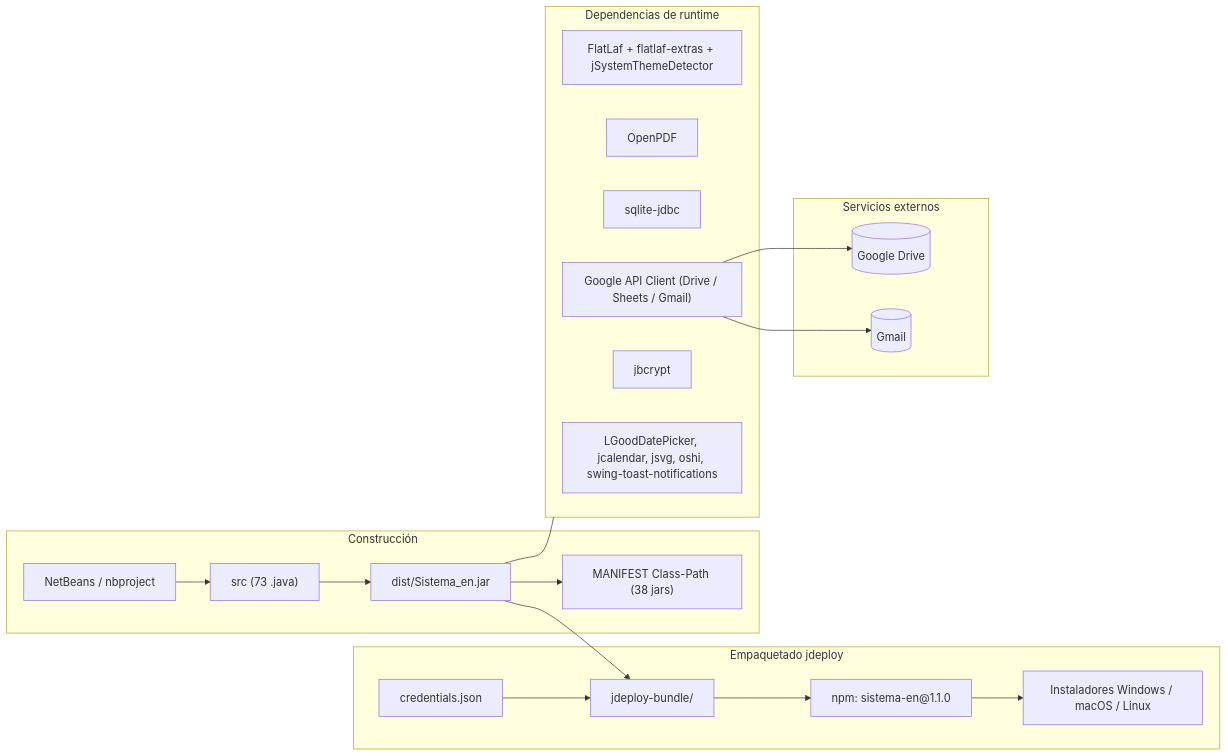
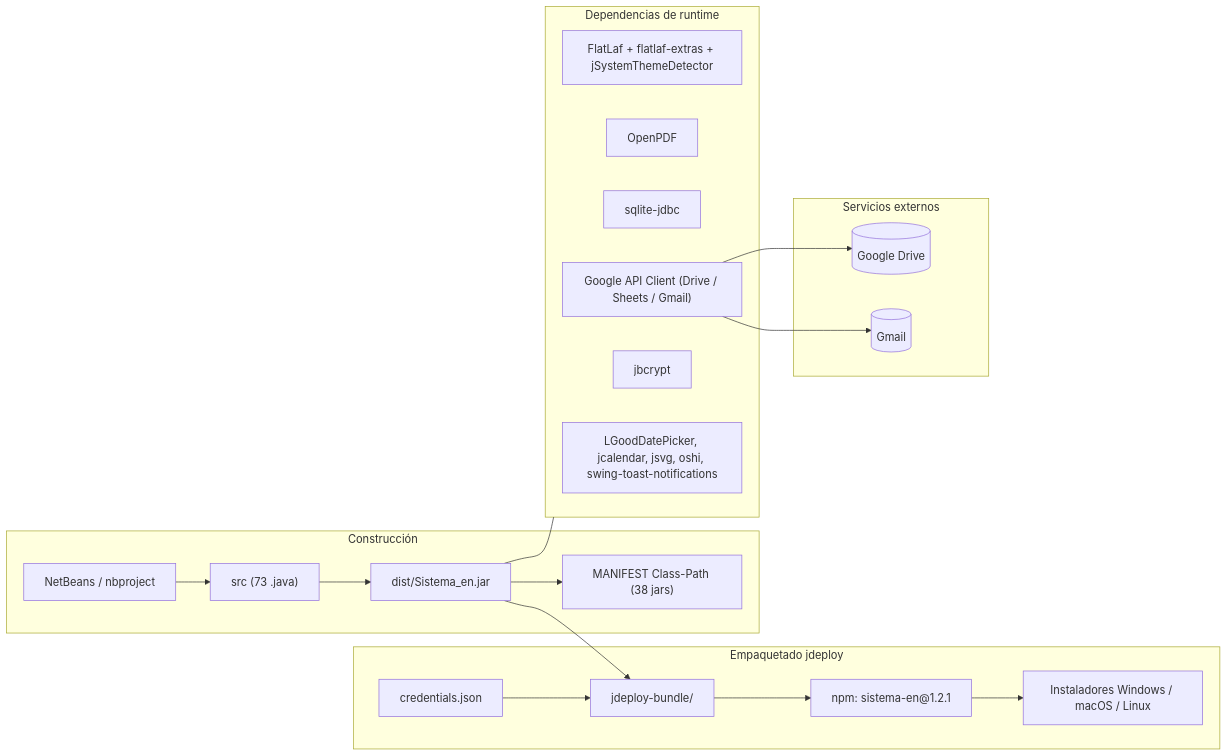
Before and after one commit to ares-linux/Sistema_EN: the fifth of 16 diagrams in docs/Arquitectura.md, drawn with Mermaid. The commit also changed other lines of this file and 7 other files, not shown here.

````diff
--- a/docs/Arquitectura.md
+++ b/docs/Arquitectura.md
@@ -324,33 +324,33 @@
 ```mermaid
 flowchart LR
     subgraph BUILD["Construcción"]
         NB["NetBeans / nbproject"] --> SRC["src (73 .java)"]
         SRC --> JAR["dist/Sistema_en.jar"]
         JAR --> MF["MANIFEST Class-Path (38 jars)"]
     end
 
     subgraph DEPLOY["Empaquetado jdeploy"]
         JAR --> BUNDLE["jdeploy-bundle/"]
-        BUNDLE --> NPM["npm: sistema-en@1.1.0"]
+        BUNDLE --> NPM["npm: sistema-en@1.2.1"]
         NPM --> INSTALL["Instaladores Windows / macOS / Linux"]
         CRED["credentials.json"] --> BUNDLE
     end
 
     subgraph LIBS["Dependencias de runtime"]
         FLAT["FlatLaf + flatlaf-extras + jSystemThemeDetector"]
         PDF2["OpenPDF"]
         SQLITE["sqlite-jdbc"]
         GAPI["Google API Client (Drive / Sheets / Gmail)"]
         BCRYPT["jbcrypt"]
         UI["LGoodDatePicker, jcalendar, jsvg, oshi, swing-toast-notifications"]
     end
 
     JAR --- LIBS
 
     subgraph EXTSERV["Servicios externos"]
         DRIVE[("Google Drive")]
         GMAIL[("Gmail")]
     end
     GAPI --> DRIVE
     GAPI --> GMAIL
 ```
````
